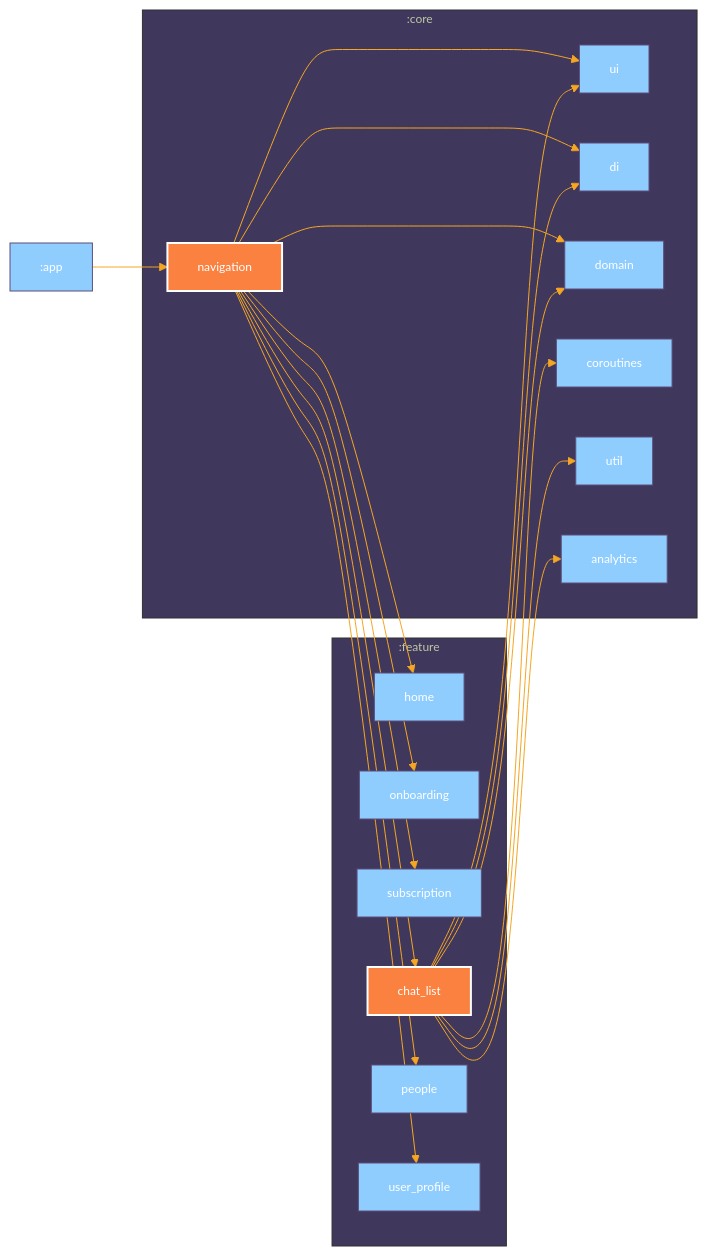
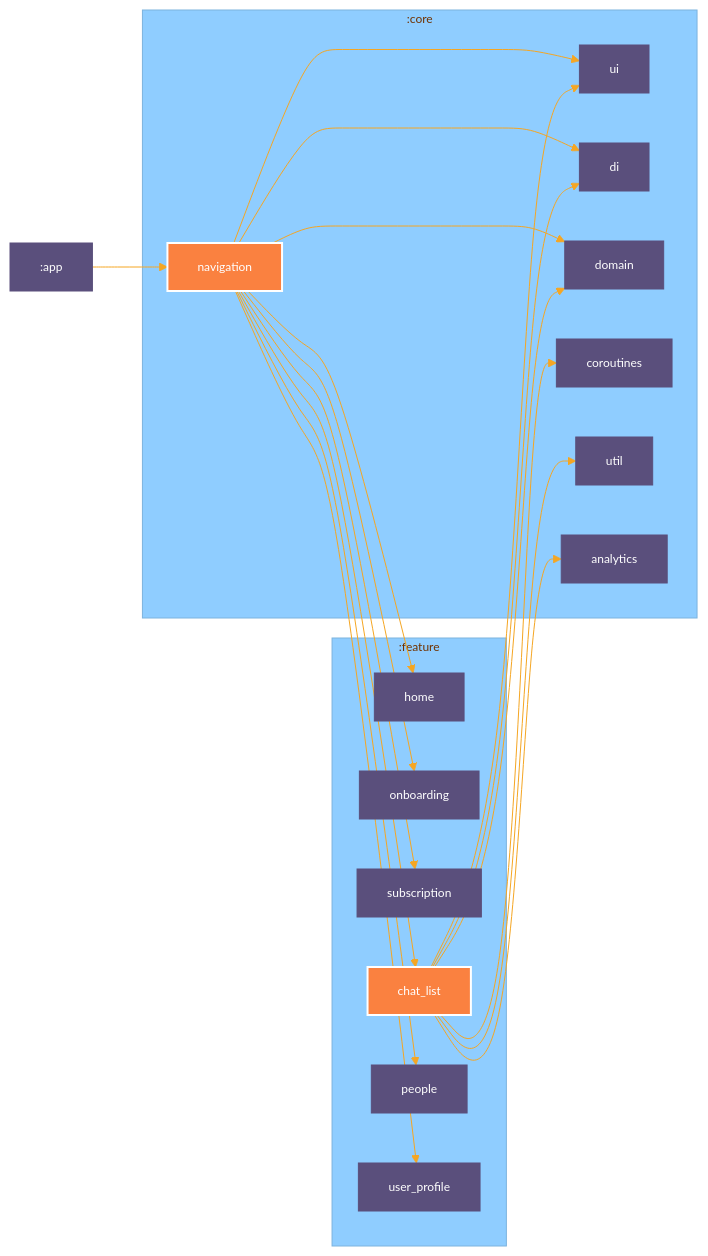
The diagram in README.md (mobiledevpro/closetalk.app), drawn with Mermaid before and after one commit. The commit also changed other lines of this file, not shown here.

Commit message:
Changed theme

````diff
--- a/README.md
+++ b/README.md
@@ -75,47 +75,47 @@
 ```mermaid
 %%{
   init: {
     'theme': 'base',
-    'themeVariables': {"primaryTextColor":"#fff","primaryColor":"#8FCDFF","primaryBorderColor":"#5a4f7c","lineColor":"#f5a623","tertiaryColor":"#40375c","fontSize":"12px"}
+    'themeVariables': {"primaryTextColor":"#fff","primaryColor":"#5a4f7c","primaryBorderColor":"#5a4f7c","lineColor":"#f5a623","tertiaryColor":"#8FCDFF","fontSize":"12px"}
   }
 }%%
 
 graph LR
   subgraph :core
     :core:navigation["navigation"]
     :core:ui["ui"]
     :core:di["di"]
     :core:domain["domain"]
     :core:coroutines["coroutines"]
     :core:util["util"]
     :core:analytics["analytics"]
   end
   subgraph :feature
     :feature:home["home"]
     :feature:onboarding["onboarding"]
     :feature:subscription["subscription"]
     :feature:chat_list["chat_list"]
     :feature:people["people"]
     :feature:user_profile["user_profile"]
   end
   :core:navigation --> :core:ui
   :core:navigation --> :core:di
   :core:navigation --> :core:domain
   :core:navigation --> :feature:home
   :core:navigation --> :feature:onboarding
   :core:navigation --> :feature:subscription
   :core:navigation --> :feature:chat_list
   :core:navigation --> :feature:people
   :core:navigation --> :feature:user_profile
   :feature:chat_list --> :core:ui
   :feature:chat_list --> :core:di
   :feature:chat_list --> :core:domain
   :feature:chat_list --> :core:coroutines
   :feature:chat_list --> :core:util
   :feature:chat_list --> :core:analytics
   :app --> :core:navigation
 
 classDef focus fill:#FA8140,stroke:#fff,stroke-width:2px,color:#fff;
 class :core:navigation focus
 class :feature:chat_list focus
 ```
````
